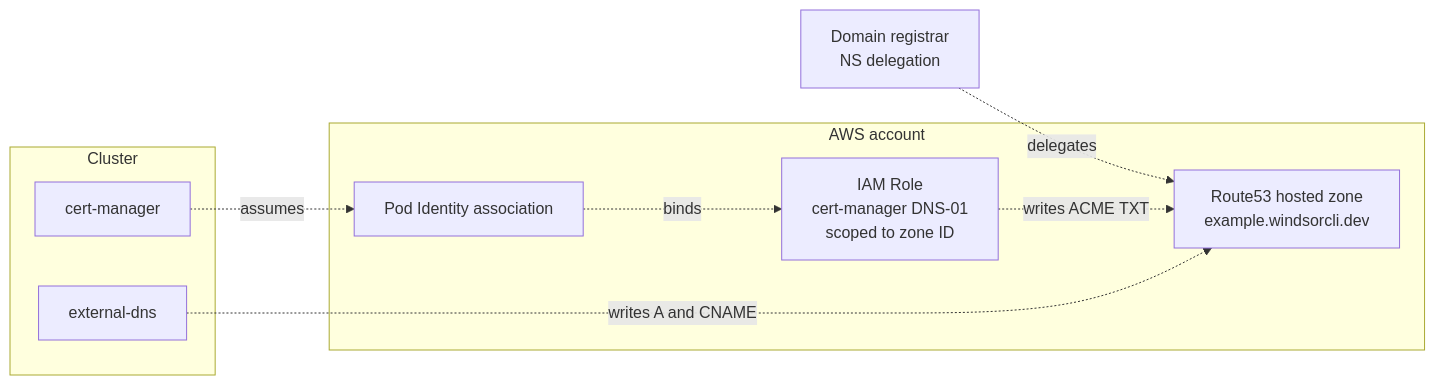
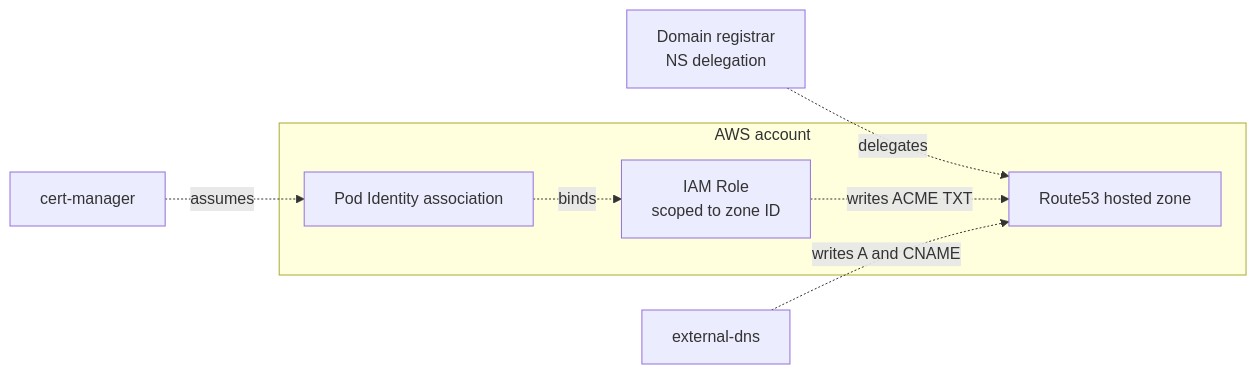
Before and after one commit to windsorcli/core: the first of 2 diagrams in terraform/dns/README.md, drawn with Mermaid. The commit also changed other lines of this file and 3 other files, not shown here.

Commit message:
chore(docs): update flowcharts in README files for CNI, Compute, DNS, and GitOps categories to enhance clarity and consistency

````diff
--- a/terraform/dns/README.md
+++ b/terraform/dns/README.md
@@ -28,21 +28,18 @@
 ```mermaid
 flowchart LR
   registrar[Domain registrar<br/>NS delegation]
+  cm[cert-manager]
+  ed[external-dns]
 
   subgraph aws[AWS account]
-    zone[Route53 hosted zone<br/>example.windsorcli.dev]
-    iam[IAM Role<br/>cert-manager DNS-01<br/>scoped to zone ID]
+    zone[Route53 hosted zone]
+    iam[IAM Role<br/>scoped to zone ID]
     pi[Pod Identity association]
-  end
-
-  subgraph cluster[Cluster]
-    cm[cert-manager]
-    ed[external-dns]
   end
 
   registrar -.delegates.-> zone
   cm -.assumes.-> pi
   pi -.binds.-> iam
   iam -.writes ACME TXT.-> zone
   ed -.writes A and CNAME.-> zone
 ```
````
